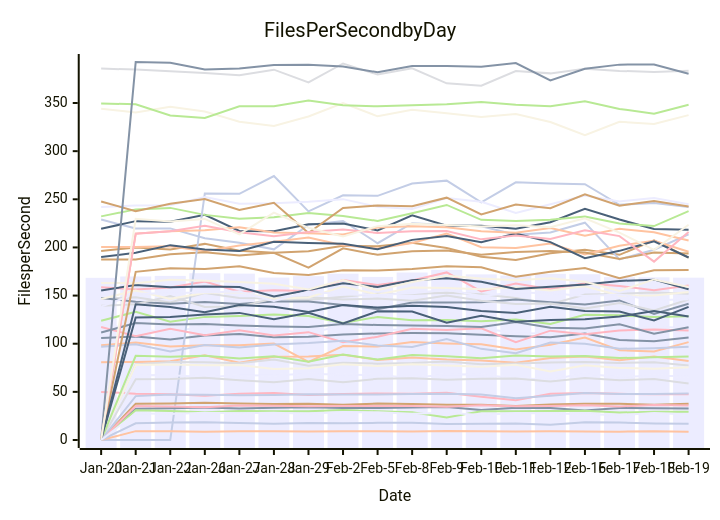
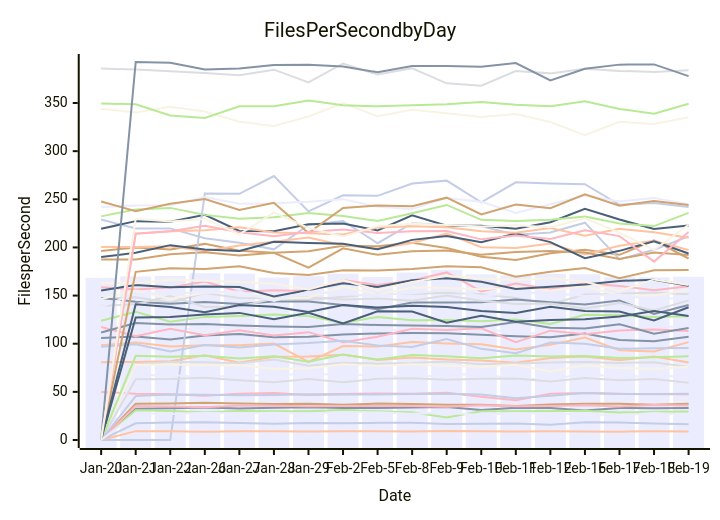
The diagram in perf-report.md (streetsidesoftware/cspell), drawn with Mermaid before and after one commit. The commit also changed other lines of this file and 1 other file, not shown here.

````diff
--- a/perf-report.md
+++ b/perf-report.md
@@ -10,57 +10,57 @@
 ```mermaid
 xychart-beta
     title Files Per Second by Day
     y-axis Files per Second
     x-axis Date [Jan-20, Jan-21, Jan-22, Jan-26, Jan-27, Jan-28, Jan-29, Feb-2, Feb-5, Feb-8, Feb-9, Feb-10, Feb-11, Feb-12, Feb-16, Feb-17, Feb-18, Feb-19]
-    bar [168.43, 169.86, 170.44, 173.21, 172.82, 168.69, 170.17, 172.76, 169.39, 173.94, 176.68, 172.01, 170.80, 172.59, 172.20, 169.11, 168.97, 168.62]
-    line [105.90, 107.50, 104.30, 108.52, 110.13, 106.78, 107.20, 109.65, 110.63, 111.16, 110.94, 109.21, 107.83, 106.68, 110.60, 103.95, 102.58, 106.56]
-    line [80.87, 81.08, 81.74, 87.91, 80.34, 86.50, 86.84, 88.66, 83.22, 85.59, 83.52, 82.54, 80.25, 85.24, 86.74, 82.84, 86.83, 81.96]
-    line [146.83, 148.17, 142.81, 152.72, 147.54, 147.09, 145.41, 148.70, 151.93, 151.71, 152.93, 151.27, 147.55, 140.92, 151.13, 151.76, 153.31, 151.80]
-    line [123.93, 133.11, 122.76, 127.88, 128.69, 130.23, 128.77, 121.54, 127.82, 124.27, 124.62, 123.31, 125.03, 120.42, 129.98, 129.47, 127.87, 128.58]
-    line [196.43, 199.84, 197.78, 203.69, 196.52, 194.52, 195.98, 201.87, 201.12, 204.97, 199.43, 190.33, 187.01, 193.91, 197.53, 192.34, 207.35, 189.50]
-    line [229.01, 219.68, 219.77, 209.49, 204.94, 198.04, 223.32, 227.45, 204.37, 225.14, 223.42, 222.08, 213.20, 215.50, 225.73, 187.50, 197.59, 213.61]
-    line [158.69, 156.26, 158.43, 164.60, 154.09, 155.59, 154.71, 166.16, 160.94, 165.57, 174.04, 154.30, 162.65, 156.66, 162.87, 159.96, 155.64, 160.38]
-    line [219.38, 227.33, 226.70, 233.87, 217.12, 216.93, 224.01, 224.86, 217.64, 233.33, 222.49, 222.54, 219.50, 226.16, 240.10, 228.96, 219.08, 218.43]
-    line [344.00, 340.27, 346.07, 341.26, 330.59, 326.24, 336.05, 350.02, 336.18, 342.95, 339.36, 335.43, 338.51, 330.30, 316.59, 330.53, 328.24, 337.45]
-    line [120.28, 114.69, 112.28, 117.78, 116.14, 114.78, 110.96, 118.96, 114.84, 114.56, 119.99, 116.03, 111.12, 110.27, 121.81, 115.35, 117.70, 116.20]
-    line [147.59, 143.59, 141.42, 143.21, 141.20, 143.98, 143.78, 140.14, 135.87, 142.86, 142.75, 143.10, 145.82, 143.11, 140.65, 144.98, 130.98, 141.52]
-    line [200.41, 200.50, 201.35, 196.11, 202.03, 205.84, 210.33, 202.30, 198.84, 204.68, 214.35, 200.27, 199.54, 204.14, 192.69, 201.75, 206.87, 195.54]
-    line [139.36, 140.95, 149.41, 138.21, 138.55, 146.90, 148.25, 146.04, 146.87, 144.71, 150.09, 144.64, 141.32, 141.68, 136.63, 142.32, 134.55, 145.90]
-    line [232.25, 239.53, 241.09, 233.83, 229.73, 231.27, 235.75, 232.76, 227.56, 235.60, 244.14, 228.71, 227.46, 228.82, 232.02, 224.80, 222.16, 237.76]
-    line [187.45, 187.38, 192.87, 195.04, 191.69, 194.48, 178.97, 199.11, 192.32, 196.15, 196.80, 192.49, 195.28, 196.29, 194.83, 188.10, 194.84, 193.73]
-    line [0.00, 0.00, 0.00, 256.11, 255.68, 274.20, 237.51, 254.20, 253.57, 266.34, 269.39, 246.86, 267.66, 266.35, 265.66, 244.28, 246.16, 242.11]
-    line [117.45, 107.89, 115.63, 108.80, 113.98, 108.63, 112.03, 101.57, 107.21, 115.59, 114.29, 115.98, 101.55, 113.56, 109.85, 113.73, 114.86, 113.76]
-    line [190.09, 194.48, 202.39, 197.93, 196.32, 205.82, 204.70, 203.85, 198.04, 207.86, 211.91, 205.36, 214.41, 205.57, 188.86, 196.47, 206.41, 189.55]
-    line [146.52, 155.23, 146.60, 152.95, 153.44, 146.68, 148.04, 159.34, 150.93, 158.41, 157.97, 156.56, 158.71, 155.41, 159.62, 150.02, 150.05, 153.75]
-    line [242.10, 243.52, 243.78, 252.46, 245.33, 245.88, 247.56, 250.17, 242.23, 239.94, 251.24, 247.36, 235.88, 244.92, 253.98, 247.84, 251.30, 244.80]
-    line [111.61, 121.49, 119.94, 120.57, 119.01, 117.99, 117.30, 120.43, 119.43, 118.96, 118.43, 117.39, 122.51, 116.51, 115.88, 120.25, 110.42, 117.21]
-    line [98.43, 101.26, 97.05, 98.45, 98.30, 100.11, 81.16, 97.62, 97.16, 101.86, 100.35, 99.46, 93.91, 99.01, 106.34, 93.17, 91.86, 101.65]
-    line [385.76, 384.74, 382.99, 381.11, 378.87, 384.64, 371.32, 391.09, 379.53, 386.07, 370.43, 367.95, 383.26, 380.80, 385.48, 383.39, 382.12, 383.48]
-    line [349.61, 348.67, 336.98, 334.45, 346.57, 346.60, 352.58, 347.78, 346.57, 347.57, 348.75, 351.19, 348.15, 346.62, 351.78, 343.88, 338.94, 348.14]
-    line [247.79, 237.71, 245.48, 250.24, 239.03, 246.34, 215.04, 240.95, 243.60, 242.70, 251.69, 234.31, 244.51, 240.78, 255.22, 243.34, 248.23, 242.48]
-    line [96.90, 99.42, 91.88, 98.65, 96.11, 99.25, 100.66, 103.18, 98.24, 96.65, 104.96, 94.67, 90.15, 101.17, 99.92, 94.76, 95.38, 96.79]
-    line [49.98, 48.14, 47.57, 46.02, 47.96, 48.80, 46.78, 47.79, 48.42, 47.97, 48.95, 44.92, 41.33, 48.11, 48.93, 47.91, 47.47, 47.43]
-    line [155.39, 161.05, 158.62, 159.47, 158.84, 149.03, 155.81, 162.82, 158.93, 165.88, 167.89, 164.45, 156.78, 159.08, 161.56, 165.23, 166.55, 156.51]
-    line [163.17, 162.82, 166.39, 165.48, 164.06, 162.34, 156.27, 166.07, 155.61, 164.06, 170.66, 167.78, 165.93, 167.97, 164.38, 154.74, 166.79, 158.94]
-    line [138.47, 151.83, 152.31, 153.48, 154.19, 144.39, 154.19, 151.10, 150.58, 152.48, 156.02, 149.70, 153.17, 152.51, 149.58, 151.17, 145.28, 146.23]
-    line [0.00, 32.53, 32.97, 33.70, 32.82, 33.62, 33.93, 33.23, 33.25, 33.77, 34.38, 31.28, 33.43, 33.24, 30.53, 33.31, 33.04, 32.73]
-    line [0.00, 9.21, 8.99, 8.69, 9.06, 9.17, 8.90, 9.14, 9.10, 8.87, 9.39, 9.10, 8.79, 9.11, 8.93, 8.64, 9.05, 8.66]
-    line [0.00, 78.41, 81.03, 80.80, 79.69, 83.58, 77.01, 80.34, 79.32, 79.86, 81.63, 78.70, 79.41, 80.42, 80.99, 80.08, 80.78, 77.42]
-    line [0.00, 30.87, 30.00, 28.70, 30.12, 29.90, 29.99, 31.08, 29.80, 28.87, 23.26, 29.91, 29.82, 30.05, 30.35, 28.52, 29.28, 29.39]
-    line [0.00, 37.76, 37.89, 38.81, 37.93, 37.35, 37.58, 36.65, 37.87, 37.52, 36.62, 36.71, 35.21, 36.78, 37.62, 37.74, 36.57, 37.73]
-    line [0.00, 17.39, 18.17, 18.55, 17.57, 16.82, 17.76, 17.39, 17.79, 18.01, 16.74, 16.81, 17.17, 15.81, 18.35, 18.08, 17.18, 16.87]
-    line [0.00, 35.24, 34.68, 33.94, 35.92, 35.70, 34.97, 35.24, 35.24, 35.29, 34.51, 36.01, 35.10, 35.21, 35.98, 34.82, 36.43, 35.75]
-    line [0.00, 127.27, 127.81, 130.32, 132.03, 125.54, 132.09, 121.09, 133.64, 133.48, 121.84, 129.06, 122.93, 124.68, 125.50, 128.25, 133.90, 128.21]
-    line [0.00, 77.82, 78.41, 77.74, 77.78, 73.82, 74.60, 78.73, 76.88, 78.62, 77.47, 76.02, 78.07, 71.09, 77.64, 74.87, 74.07, 75.59]
-    line [0.00, 67.48, 67.27, 65.41, 67.07, 67.22, 68.71, 67.83, 67.42, 64.50, 68.29, 67.95, 63.94, 63.10, 68.79, 65.40, 66.62, 66.15]
-    line [0.00, 392.61, 391.87, 384.72, 385.87, 389.43, 389.76, 387.86, 381.95, 388.55, 388.50, 387.75, 391.57, 373.53, 385.59, 389.88, 390.09, 380.49]
-    line [0.00, 214.36, 216.75, 217.84, 220.87, 215.44, 214.77, 213.40, 220.70, 222.08, 221.01, 216.87, 215.38, 220.23, 212.12, 219.37, 215.84, 207.23]
-    line [0.00, 63.19, 63.24, 64.72, 62.00, 60.00, 63.28, 59.94, 63.60, 64.06, 62.64, 63.65, 63.88, 60.68, 64.42, 62.12, 63.28, 58.60]
-    line [0.00, 87.43, 86.48, 87.49, 84.71, 86.94, 81.29, 88.85, 83.51, 88.25, 87.06, 84.92, 87.81, 86.69, 87.24, 85.15, 85.90, 86.74]
-    line [0.00, 174.64, 178.29, 177.69, 180.46, 173.36, 171.47, 176.27, 176.08, 177.50, 180.37, 179.50, 169.53, 174.82, 178.71, 168.06, 176.19, 176.52]
-    line [0.00, 45.59, 47.24, 46.87, 46.43, 46.80, 47.45, 47.29, 47.35, 47.86, 48.05, 47.30, 43.46, 46.02, 48.76, 47.89, 47.85, 48.21]
-    line [0.00, 214.23, 216.83, 222.41, 215.81, 211.64, 216.10, 218.52, 215.06, 216.88, 216.99, 208.40, 212.31, 208.84, 217.81, 211.80, 185.28, 215.96]
-    line [0.00, 141.02, 138.02, 132.73, 140.24, 138.48, 133.03, 140.20, 137.55, 139.32, 138.06, 134.03, 131.86, 138.50, 133.91, 133.44, 124.24, 138.22]
-    line [0.00, 229.76, 226.99, 229.64, 213.50, 236.23, 220.41, 211.45, 222.13, 224.72, 223.26, 221.76, 223.13, 220.88, 230.21, 215.32, 197.56, 223.57]
-    line [0.00, 27.74, 27.10, 28.41, 27.77, 28.43, 27.26, 29.20, 28.78, 27.22, 28.25, 25.94, 28.04, 27.66, 26.73, 25.95, 28.09, 26.59]
+    bar [168.43, 169.86, 170.44, 173.21, 172.82, 168.69, 170.17, 172.76, 169.39, 173.94, 176.68, 172.01, 170.80, 172.59, 172.20, 169.11, 168.97, 169.63]
+    line [105.90, 107.50, 104.30, 108.52, 110.13, 106.78, 107.20, 109.65, 110.63, 111.16, 110.94, 109.21, 107.83, 106.68, 110.60, 103.95, 102.58, 107.15]
+    line [80.87, 81.08, 81.74, 87.91, 80.34, 86.50, 86.84, 88.66, 83.22, 85.59, 83.52, 82.54, 80.25, 85.24, 86.74, 82.84, 86.83, 80.43]
+    line [146.83, 148.17, 142.81, 152.72, 147.54, 147.09, 145.41, 148.70, 151.93, 151.71, 152.93, 151.27, 147.55, 140.92, 151.13, 151.76, 153.31, 151.34]
+    line [123.93, 133.11, 122.76, 127.88, 128.69, 130.23, 128.77, 121.54, 127.82, 124.27, 124.62, 123.31, 125.03, 120.42, 129.98, 129.47, 127.87, 128.63]
+    line [196.43, 199.84, 197.78, 203.69, 196.52, 194.52, 195.98, 201.87, 201.12, 204.97, 199.43, 190.33, 187.01, 193.91, 197.53, 192.34, 207.35, 188.51]
+    line [229.01, 219.68, 219.77, 209.49, 204.94, 198.04, 223.32, 227.45, 204.37, 225.14, 223.42, 222.08, 213.20, 215.50, 225.73, 187.50, 197.59, 211.45]
+    line [158.69, 156.26, 158.43, 164.60, 154.09, 155.59, 154.71, 166.16, 160.94, 165.57, 174.04, 154.30, 162.65, 156.66, 162.87, 159.96, 155.64, 159.75]
+    line [219.38, 227.33, 226.70, 233.87, 217.12, 216.93, 224.01, 224.86, 217.64, 233.33, 222.49, 222.54, 219.50, 226.16, 240.10, 228.96, 219.08, 222.80]
+    line [344.00, 340.27, 346.07, 341.26, 330.59, 326.24, 336.05, 350.02, 336.18, 342.95, 339.36, 335.43, 338.51, 330.30, 316.59, 330.53, 328.24, 335.25]
+    line [120.28, 114.69, 112.28, 117.78, 116.14, 114.78, 110.96, 118.96, 114.84, 114.56, 119.99, 116.03, 111.12, 110.27, 121.81, 115.35, 117.70, 117.65]
+    line [147.59, 143.59, 141.42, 143.21, 141.20, 143.98, 143.78, 140.14, 135.87, 142.86, 142.75, 143.10, 145.82, 143.11, 140.65, 144.98, 130.98, 140.17]
+    line [200.41, 200.50, 201.35, 196.11, 202.03, 205.84, 210.33, 202.30, 198.84, 204.68, 214.35, 200.27, 199.54, 204.14, 192.69, 201.75, 206.87, 197.41]
+    line [139.36, 140.95, 149.41, 138.21, 138.55, 146.90, 148.25, 146.04, 146.87, 144.71, 150.09, 144.64, 141.32, 141.68, 136.63, 142.32, 134.55, 145.02]
+    line [232.25, 239.53, 241.09, 233.83, 229.73, 231.27, 235.75, 232.76, 227.56, 235.60, 244.14, 228.71, 227.46, 228.82, 232.02, 224.80, 222.16, 235.94]
+    line [187.45, 187.38, 192.87, 195.04, 191.69, 194.48, 178.97, 199.11, 192.32, 196.15, 196.80, 192.49, 195.28, 196.29, 194.83, 188.10, 194.84, 192.14]
+    line [0.00, 0.00, 0.00, 256.11, 255.68, 274.20, 237.51, 254.20, 253.57, 266.34, 269.39, 246.86, 267.66, 266.35, 265.66, 244.28, 246.16, 241.99]
+    line [117.45, 107.89, 115.63, 108.80, 113.98, 108.63, 112.03, 101.57, 107.21, 115.59, 114.29, 115.98, 101.55, 113.56, 109.85, 113.73, 114.86, 113.29]
+    line [190.09, 194.48, 202.39, 197.93, 196.32, 205.82, 204.70, 203.85, 198.04, 207.86, 211.91, 205.36, 214.41, 205.57, 188.86, 196.47, 206.41, 193.71]
+    line [146.52, 155.23, 146.60, 152.95, 153.44, 146.68, 148.04, 159.34, 150.93, 158.41, 157.97, 156.56, 158.71, 155.41, 159.62, 150.02, 150.05, 155.70]
+    line [242.10, 243.52, 243.78, 252.46, 245.33, 245.88, 247.56, 250.17, 242.23, 239.94, 251.24, 247.36, 235.88, 244.92, 253.98, 247.84, 251.30, 244.99]
+    line [111.61, 121.49, 119.94, 120.57, 119.01, 117.99, 117.30, 120.43, 119.43, 118.96, 118.43, 117.39, 122.51, 116.51, 115.88, 120.25, 110.42, 116.44]
+    line [98.43, 101.26, 97.05, 98.45, 98.30, 100.11, 81.16, 97.62, 97.16, 101.86, 100.35, 99.46, 93.91, 99.01, 106.34, 93.17, 91.86, 101.64]
+    line [385.76, 384.74, 382.99, 381.11, 378.87, 384.64, 371.32, 391.09, 379.53, 386.07, 370.43, 367.95, 383.26, 380.80, 385.48, 383.39, 382.12, 383.99]
+    line [349.61, 348.67, 336.98, 334.45, 346.57, 346.60, 352.58, 347.78, 346.57, 347.57, 348.75, 351.19, 348.15, 346.62, 351.78, 343.88, 338.94, 349.20]
+    line [247.79, 237.71, 245.48, 250.24, 239.03, 246.34, 215.04, 240.95, 243.60, 242.70, 251.69, 234.31, 244.51, 240.78, 255.22, 243.34, 248.23, 244.07]
+    line [96.90, 99.42, 91.88, 98.65, 96.11, 99.25, 100.66, 103.18, 98.24, 96.65, 104.96, 94.67, 90.15, 101.17, 99.92, 94.76, 95.38, 95.51]
+    line [49.98, 48.14, 47.57, 46.02, 47.96, 48.80, 46.78, 47.79, 48.42, 47.97, 48.95, 44.92, 41.33, 48.11, 48.93, 47.91, 47.47, 47.63]
+    line [155.39, 161.05, 158.62, 159.47, 158.84, 149.03, 155.81, 162.82, 158.93, 165.88, 167.89, 164.45, 156.78, 159.08, 161.56, 165.23, 166.55, 160.30]
+    line [163.17, 162.82, 166.39, 165.48, 164.06, 162.34, 156.27, 166.07, 155.61, 164.06, 170.66, 167.78, 165.93, 167.97, 164.38, 154.74, 166.79, 160.89]
+    line [138.47, 151.83, 152.31, 153.48, 154.19, 144.39, 154.19, 151.10, 150.58, 152.48, 156.02, 149.70, 153.17, 152.51, 149.58, 151.17, 145.28, 148.67]
+    line [0.00, 32.53, 32.97, 33.70, 32.82, 33.62, 33.93, 33.23, 33.25, 33.77, 34.38, 31.28, 33.43, 33.24, 30.53, 33.31, 33.04, 33.12]
+    line [0.00, 9.21, 8.99, 8.69, 9.06, 9.17, 8.90, 9.14, 9.10, 8.87, 9.39, 9.10, 8.79, 9.11, 8.93, 8.64, 9.05, 8.82]
+    line [0.00, 78.41, 81.03, 80.80, 79.69, 83.58, 77.01, 80.34, 79.32, 79.86, 81.63, 78.70, 79.41, 80.42, 80.99, 80.08, 80.78, 75.84]
+    line [0.00, 30.87, 30.00, 28.70, 30.12, 29.90, 29.99, 31.08, 29.80, 28.87, 23.26, 29.91, 29.82, 30.05, 30.35, 28.52, 29.28, 29.51]
+    line [0.00, 37.76, 37.89, 38.81, 37.93, 37.35, 37.58, 36.65, 37.87, 37.52, 36.62, 36.71, 35.21, 36.78, 37.62, 37.74, 36.57, 37.57]
+    line [0.00, 17.39, 18.17, 18.55, 17.57, 16.82, 17.76, 17.39, 17.79, 18.01, 16.74, 16.81, 17.17, 15.81, 18.35, 18.08, 17.18, 16.38]
+    line [0.00, 35.24, 34.68, 33.94, 35.92, 35.70, 34.97, 35.24, 35.24, 35.29, 34.51, 36.01, 35.10, 35.21, 35.98, 34.82, 36.43, 35.82]
+    line [0.00, 127.27, 127.81, 130.32, 132.03, 125.54, 132.09, 121.09, 133.64, 133.48, 121.84, 129.06, 122.93, 124.68, 125.50, 128.25, 133.90, 128.80]
+    line [0.00, 77.82, 78.41, 77.74, 77.78, 73.82, 74.60, 78.73, 76.88, 78.62, 77.47, 76.02, 78.07, 71.09, 77.64, 74.87, 74.07, 76.13]
+    line [0.00, 67.48, 67.27, 65.41, 67.07, 67.22, 68.71, 67.83, 67.42, 64.50, 68.29, 67.95, 63.94, 63.10, 68.79, 65.40, 66.62, 66.03]
+    line [0.00, 392.61, 391.87, 384.72, 385.87, 389.43, 389.76, 387.86, 381.95, 388.55, 388.50, 387.75, 391.57, 373.53, 385.59, 389.88, 390.09, 377.97]
+    line [0.00, 214.36, 216.75, 217.84, 220.87, 215.44, 214.77, 213.40, 220.70, 222.08, 221.01, 216.87, 215.38, 220.23, 212.12, 219.37, 215.84, 210.02]
+    line [0.00, 63.19, 63.24, 64.72, 62.00, 60.00, 63.28, 59.94, 63.60, 64.06, 62.64, 63.65, 63.88, 60.68, 64.42, 62.12, 63.28, 59.52]
+    line [0.00, 87.43, 86.48, 87.49, 84.71, 86.94, 81.29, 88.85, 83.51, 88.25, 87.06, 84.92, 87.81, 86.69, 87.24, 85.15, 85.90, 87.01]
+    line [0.00, 174.64, 178.29, 177.69, 180.46, 173.36, 171.47, 176.27, 176.08, 177.50, 180.37, 179.50, 169.53, 174.82, 178.71, 168.06, 176.19, 176.47]
+    line [0.00, 45.59, 47.24, 46.87, 46.43, 46.80, 47.45, 47.29, 47.35, 47.86, 48.05, 47.30, 43.46, 46.02, 48.76, 47.89, 47.85, 48.02]
+    line [0.00, 214.23, 216.83, 222.41, 215.81, 211.64, 216.10, 218.52, 215.06, 216.88, 216.99, 208.40, 212.31, 208.84, 217.81, 211.80, 185.28, 215.99]
+    line [0.00, 141.02, 138.02, 132.73, 140.24, 138.48, 133.03, 140.20, 137.55, 139.32, 138.06, 134.03, 131.86, 138.50, 133.91, 133.44, 124.24, 137.90]
+    line [0.00, 229.76, 226.99, 229.64, 213.50, 236.23, 220.41, 211.45, 222.13, 224.72, 223.26, 221.76, 223.13, 220.88, 230.21, 215.32, 197.56, 223.59]
+    line [0.00, 27.74, 27.10, 28.41, 27.77, 28.43, 27.26, 29.20, 28.78, 27.22, 28.25, 25.94, 28.04, 27.66, 26.73, 25.95, 28.09, 26.06]
 ```
````
